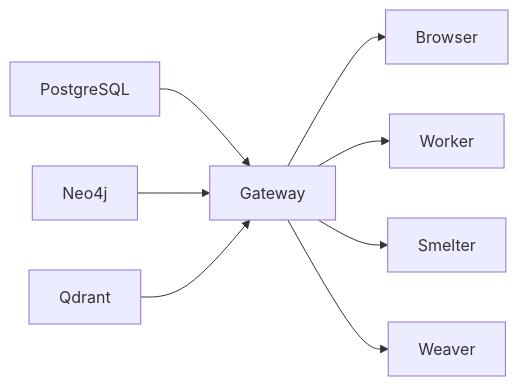
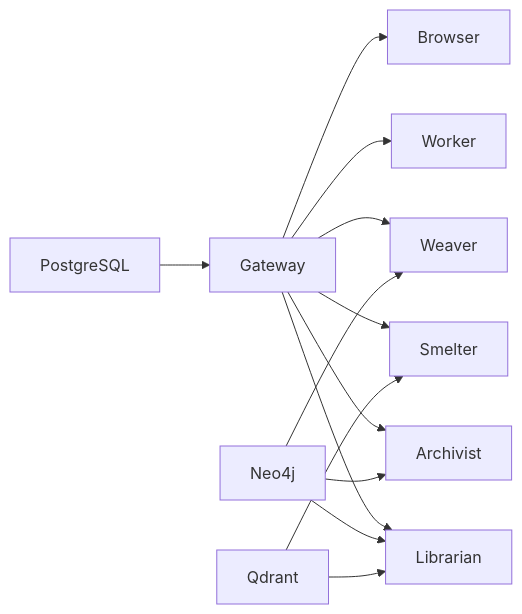
One commit to The-AI-Alliance/semiont changed the diagram in docs/system/services/OVERVIEW.md. Above: the diagram before and after it, drawn with Mermaid. The commit also changed other lines of this file and 42 other files, not shown here.

````diff
--- a/docs/system/services/OVERVIEW.md
+++ b/docs/system/services/OVERVIEW.md
@@ -147,10 +159,15 @@
 ```mermaid
 graph LR
-    DB[PostgreSQL] --> BE[Gateway]
-    GRAPH[Neo4j] --> BE
-    VECTORS[Qdrant] --> BE
-    BE --> FE[Browser]
-    BE --> W[Worker]
-    BE --> SM[Smelter]
-    BE --> WV[Weaver]
+    DB[PostgreSQL] --> GW[Gateway]
+    GW --> AR[Archivist]
+    GW --> LB[Librarian]
+    GW --> W[Worker]
+    GW --> SM[Smelter]
+    GW --> WV[Weaver]
+    GW --> BR[Browser]
+    GRAPH[Neo4j] --> AR
+    GRAPH --> LB
+    GRAPH --> WV
+    VECTORS[Qdrant] --> LB
+    VECTORS --> SM
 ```
````
